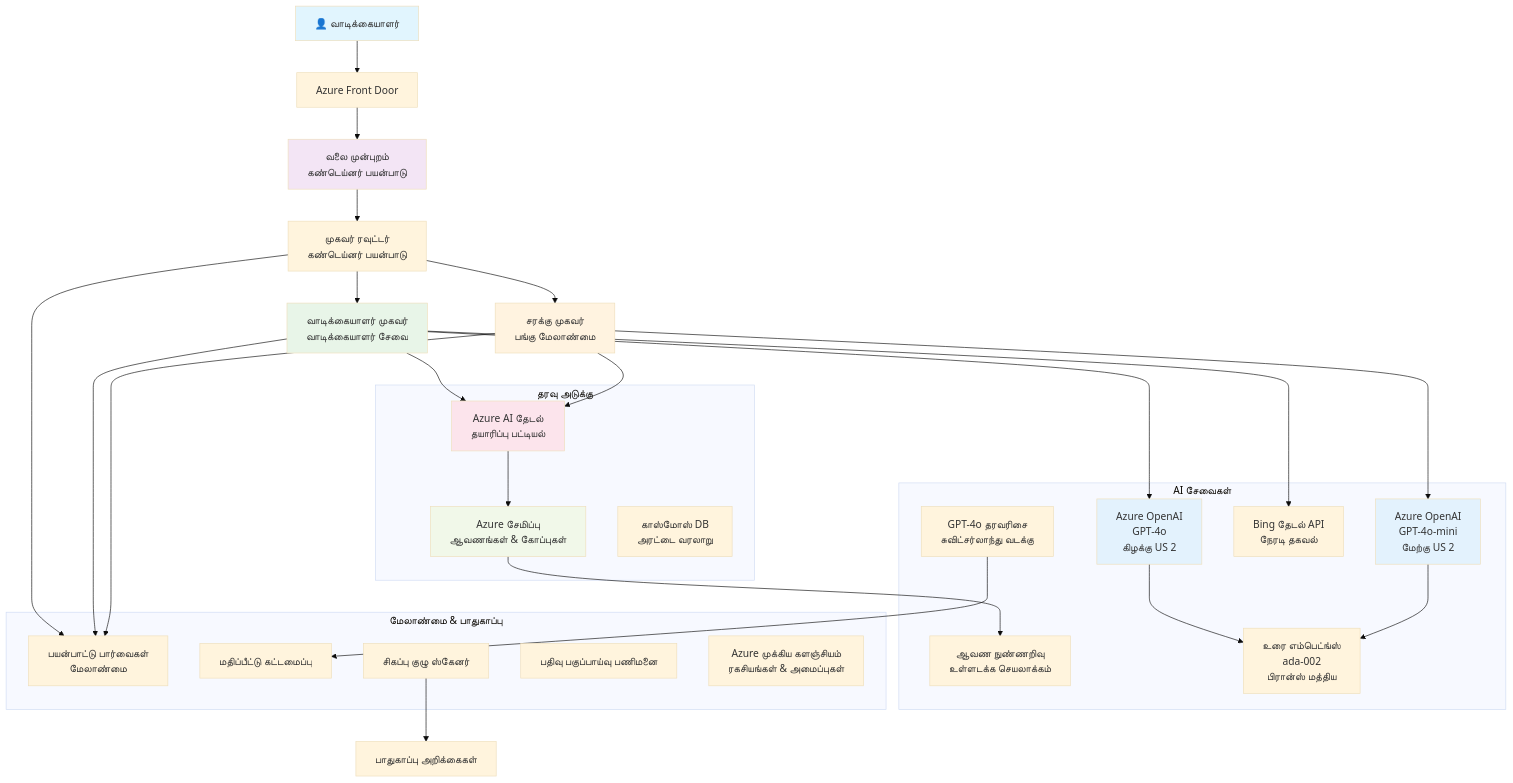
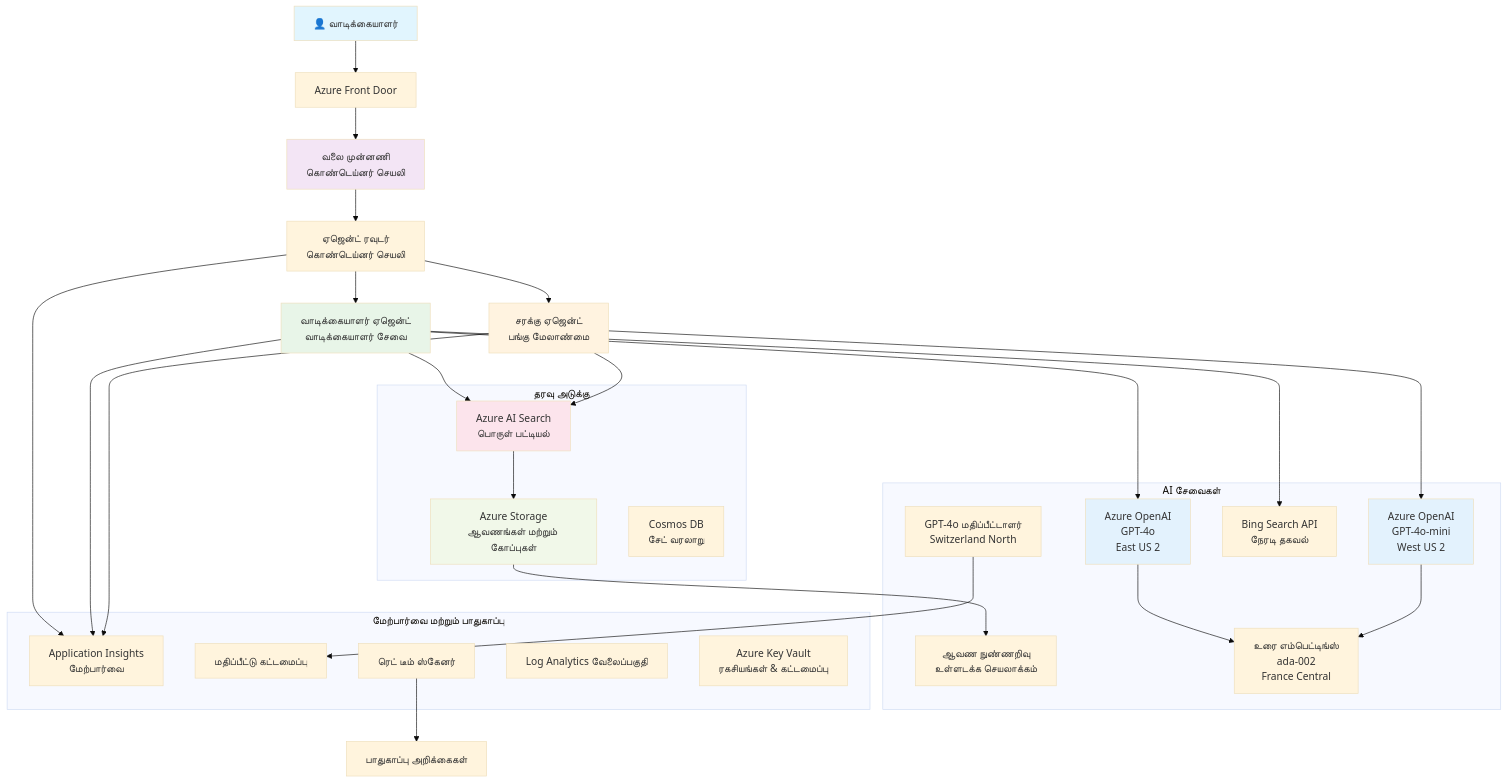
Before and after one commit to microsoft/AZD-for-beginners: the diagram in translations/ta/examples/retail-scenario.md, drawn with Mermaid (base theme). The commit also changed other lines of this file and 245 other files, not shown here.

````diff
--- a/translations/ta/examples/retail-scenario.md
+++ b/translations/ta/examples/retail-scenario.md
@@ -148,61 +139,61 @@
 ```mermaid
 graph TB
     User[👤 வாடிக்கையாளர்] --> LB[Azure Front Door]
-    LB --> WebApp[வலை முன்புறம்<br/>கண்டெய்னர் பயன்பாடு]
+    LB --> WebApp[வலை முன்னணி<br/>கொண்டெய்னர் செயலி]
     
-    WebApp --> Router[முகவர் ரவுட்டர்<br/>கண்டெய்னர் பயன்பாடு]
-    Router --> CustomerAgent[வாடிக்கையாளர் முகவர்<br/>வாடிக்கையாளர் சேவை]
-    Router --> InvAgent[சரக்கு முகவர்<br/>பங்கு மேலாண்மை]
+    WebApp --> Router[ஏஜென்ட் ரவுடர்<br/>கொண்டெய்னர் செயலி]
+    Router --> CustomerAgent[வாடிக்கையாளர் ஏஜென்ட்<br/>வாடிக்கையாளர் சேவை]
+    Router --> InvAgent[சரக்கு ஏஜென்ட்<br/>பங்கு மேலாண்மை]
     
-    CustomerAgent --> OpenAI1[Azure OpenAI<br/>GPT-4o<br/>கிழக்கு US 2]
-    InvAgent --> OpenAI2[Azure OpenAI<br/>GPT-4o-mini<br/>மேற்கு US 2]
+    CustomerAgent --> OpenAI1[Azure OpenAI<br/>GPT-4o<br/>East US 2]
+    InvAgent --> OpenAI2[Azure OpenAI<br/>GPT-4o-mini<br/>West US 2]
     
-    CustomerAgent --> AISearch[Azure AI தேடல்<br/>தயாரிப்பு பட்டியல்]
-    CustomerAgent --> BingSearch[Bing தேடல் API<br/>நேரடி தகவல்]
+    CustomerAgent --> AISearch[Azure AI Search<br/>பொருள் பட்டியல்]
+    CustomerAgent --> BingSearch[Bing Search API<br/>நேரடி தகவல்]
     InvAgent --> AISearch
     
-    AISearch --> Storage[Azure சேமிப்பு<br/>ஆவணங்கள் & கோப்புகள்]
+    AISearch --> Storage[Azure Storage<br/>ஆவணங்கள் மற்றும் கோப்புகள்]
     Storage --> DocIntel[ஆவண நுண்ணறிவு<br/>உள்ளடக்க செயலாக்கம்]
     
-    OpenAI1 --> Embeddings[உரை எம்பெட்ங்ஸ்<br/>ada-002<br/>பிரான்ஸ் மத்திய]
+    OpenAI1 --> Embeddings[உரை எம்பெட்டிங்ஸ்<br/>ada-002<br/>France Central]
     OpenAI2 --> Embeddings
     
-    Router --> AppInsights[பயன்பாட்டு பார்வைகள்<br/>மேலாண்மை]
+    Router --> AppInsights[Application Insights<br/>மேற்பார்வை]
     CustomerAgent --> AppInsights
     InvAgent --> AppInsights
     
-    GraderModel[GPT-4o தரவரிசை<br/>சுவிட்சர்லாந்து வடக்கு] --> Evaluation[மதிப்பீட்டு கட்டமைப்பு]
-    RedTeam[சிகப்பு குழு ஸ்கேனர்] --> SecurityReports[பாதுகாப்பு அறிக்கைகள்]
+    GraderModel[GPT-4o மதிப்பீட்டாளர்<br/>Switzerland North] --> Evaluation[மதிப்பீட்டு கட்டமைப்பு]
+    RedTeam[ரெட் டீம் ஸ்கேனர்] --> SecurityReports[பாதுகாப்பு அறிக்கைகள்]
     
     subgraph "தரவு அடுக்கு"
         Storage
         AISearch
-        CosmosDB[காஸ்மோஸ் DB<br/>அரட்டை வரலாறு]
+        CosmosDB[Cosmos DB<br/>சேட் வரலாறு]
     end
     
     subgraph "AI சேவைகள்"
         OpenAI1
         OpenAI2
         Embeddings
         GraderModel
         DocIntel
         BingSearch
     end
     
-    subgraph "மேலாண்மை & பாதுகாப்பு"
+    subgraph "மேற்பார்வை மற்றும் பாதுகாப்பு"
         AppInsights
-        LogAnalytics[பதிவு பகுப்பாய்வு பணிமனை]
-        KeyVault[Azure முக்கிய களஞ்சியம்<br/>ரகசியங்கள் & அமைப்புகள்]
+        LogAnalytics[Log Analytics வேலைப்பகுதி]
+        KeyVault[Azure Key Vault<br/>ரகசியங்கள் & கட்டமைப்பு]
         RedTeam
         Evaluation
     end
     
     style User fill:#e1f5fe
     style WebApp fill:#f3e5f5
     style CustomerAgent fill:#e8f5e8
     style InvAgent fill:#fff3e0
     style OpenAI1 fill:#e3f2fd
     style OpenAI2 fill:#e3f2fd
     style AISearch fill:#fce4ec
     style Storage fill:#f1f8e9
 ```
````
